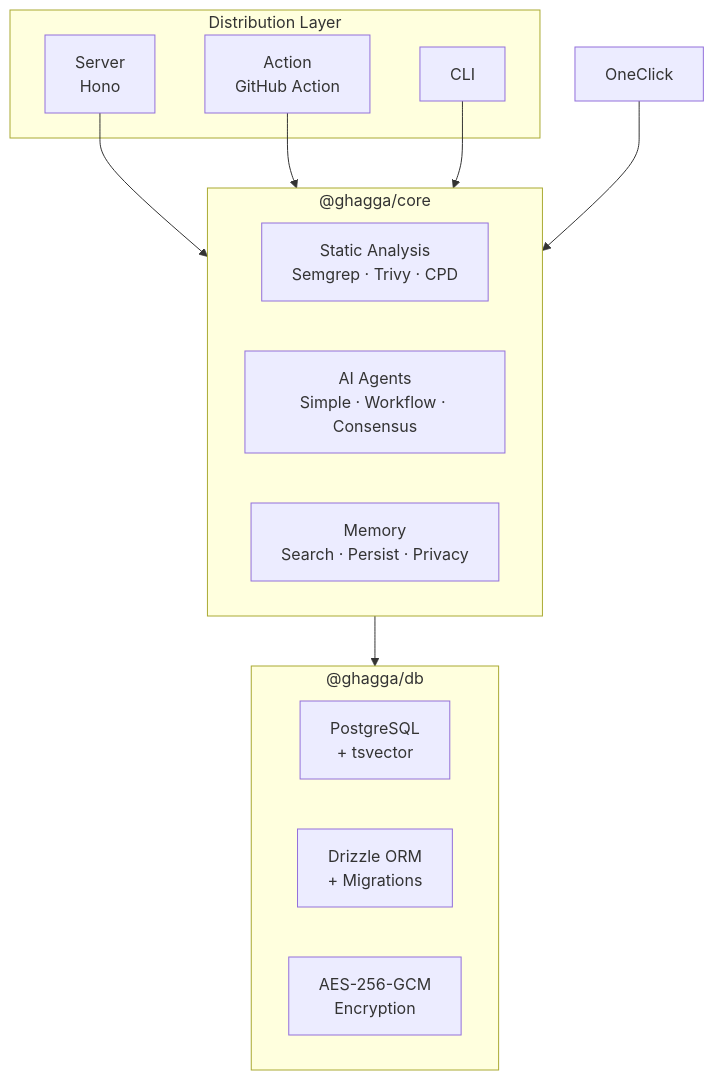
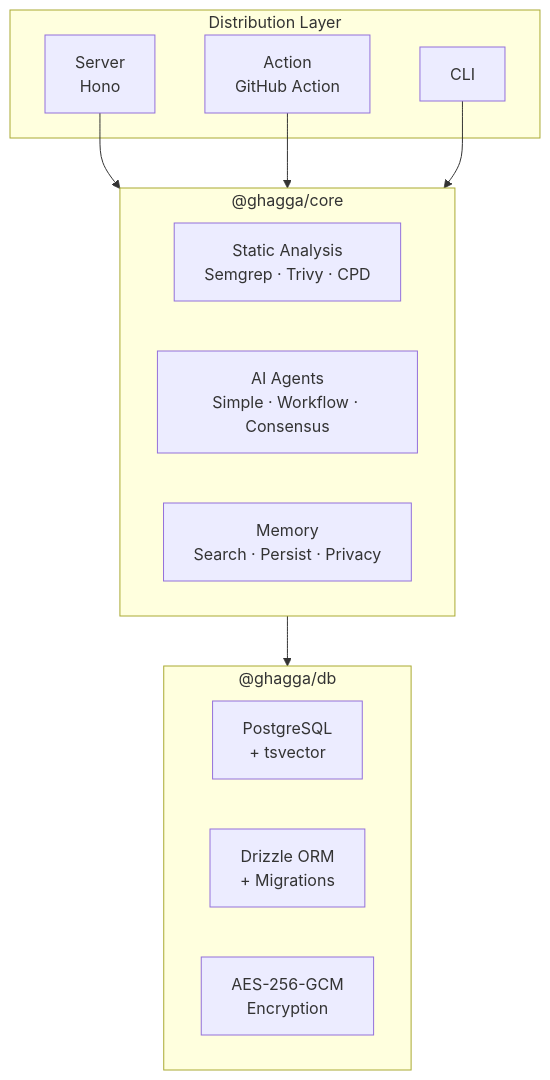
The first of 5 diagrams in README.md (actions-marketplace-validations/JNZader_ghagga), drawn with Mermaid before and after one commit. The commit also changed other lines of this file and 12 other files, not shown here.

````diff
--- a/README.md
+++ b/README.md
@@ -188,26 +183,25 @@
 ```mermaid
 graph TB
   subgraph Distribution["Distribution Layer"]
     Server["Server<br/>Hono"]
     Action["Action<br/>GitHub Action"]
     CLI["CLI"]
   end
 
   subgraph Core["@ghagga/core"]
     SA["Static Analysis<br/>Semgrep · Trivy · CPD"]
     Agents["AI Agents<br/>Simple · Workflow · Consensus"]
     Memory["Memory<br/>Search · Persist · Privacy"]
   end
 
   subgraph DB["@ghagga/db"]
     PG["PostgreSQL<br/>+ tsvector"]
     Drizzle["Drizzle ORM<br/>+ Migrations"]
     Crypto["AES-256-GCM<br/>Encryption"]
   end
 
   Server --> Core
   Action --> Core
   CLI --> Core
-  OneClick --> Core
   Core --> DB
 ```
````
